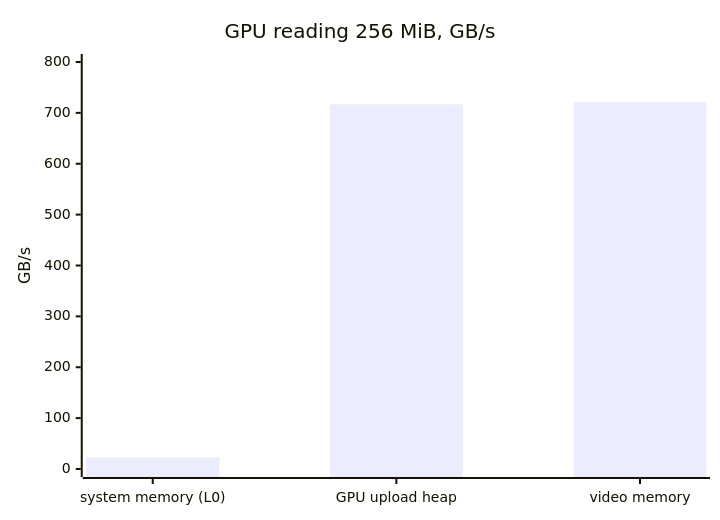
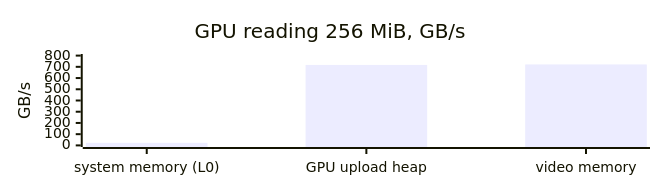
The third of 7 diagrams in docs/gpu-memory.md (0xkn0wh3r3/VIctory), drawn with Mermaid before and after one commit. The commit also changed other lines of this file, not shown here.

Commit message:
Docs: GPU memory charts fit GitHub's preview

````diff
--- a/docs/gpu-memory.md
+++ b/docs/gpu-memory.md
@@ -92,7 +92,13 @@
 ```mermaid
+---
+config:
+  xyChart:
+    width: 640
+    height: 170
+---
 xychart-beta
   title "GPU reading 256 MiB, GB/s"
   x-axis ["system memory (L0)", "GPU upload heap", "video memory"]
   y-axis "GB/s" 0 --> 800
   bar [22.9, 716.8, 721.2]
 ```
````
